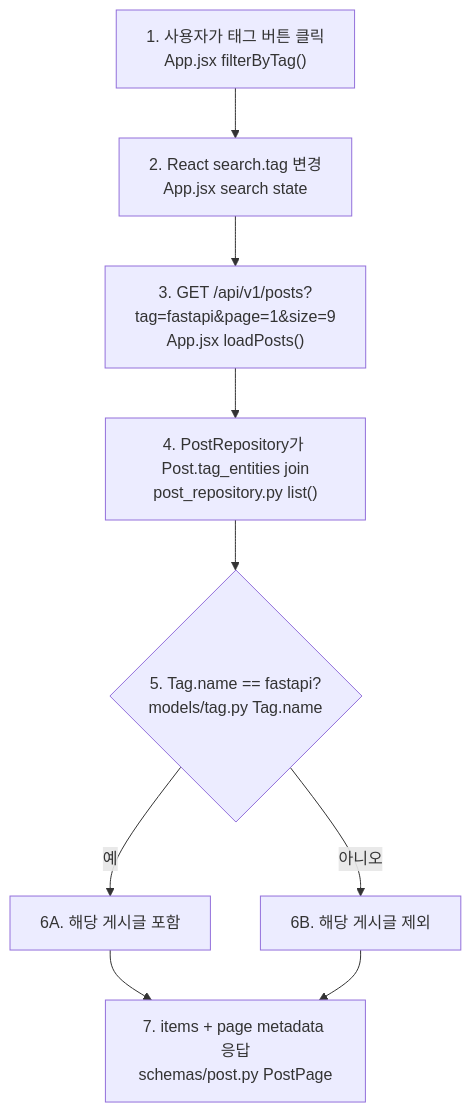
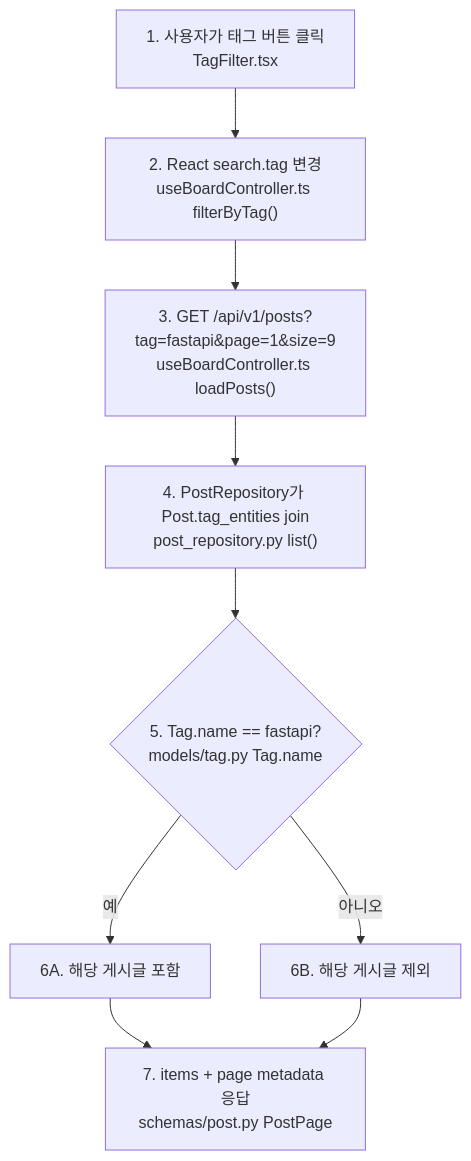
The fifth of 6 diagrams in docs2/sprint-4/implementation-record.md (JUNGLE-TEAM1/W16_team_sprint), drawn with Mermaid before and after one commit. The commit also changed other lines of this file and 5 other files, not shown here.

````diff
--- a/docs2/sprint-4/implementation-record.md
+++ b/docs2/sprint-4/implementation-record.md
@@ -533,11 +541,11 @@
 ```mermaid
 flowchart TD
-    A["1. 사용자가 태그 버튼 클릭<br/>App.jsx filterByTag()"] --> B["2. React search.tag 변경<br/>App.jsx search state"]
-    B --> C["3. GET /api/v1/posts?tag=fastapi&page=1&size=9<br/>App.jsx loadPosts()"]
+    A["1. 사용자가 태그 버튼 클릭<br/>TagFilter.tsx"] --> B["2. React search.tag 변경<br/>useBoardController.ts filterByTag()"]
+    B --> C["3. GET /api/v1/posts?tag=fastapi&page=1&size=9<br/>useBoardController.ts loadPosts()"]
     C --> D["4. PostRepository가 Post.tag_entities join<br/>post_repository.py list()"]
     D --> E{"5. Tag.name == fastapi?<br/>models/tag.py Tag.name"}
     E -- "예" --> F["6A. 해당 게시글 포함"]
     E -- "아니오" --> G["6B. 해당 게시글 제외"]
     F --> H["7. items + page metadata 응답<br/>schemas/post.py PostPage"]
     G --> H
 ```
````
